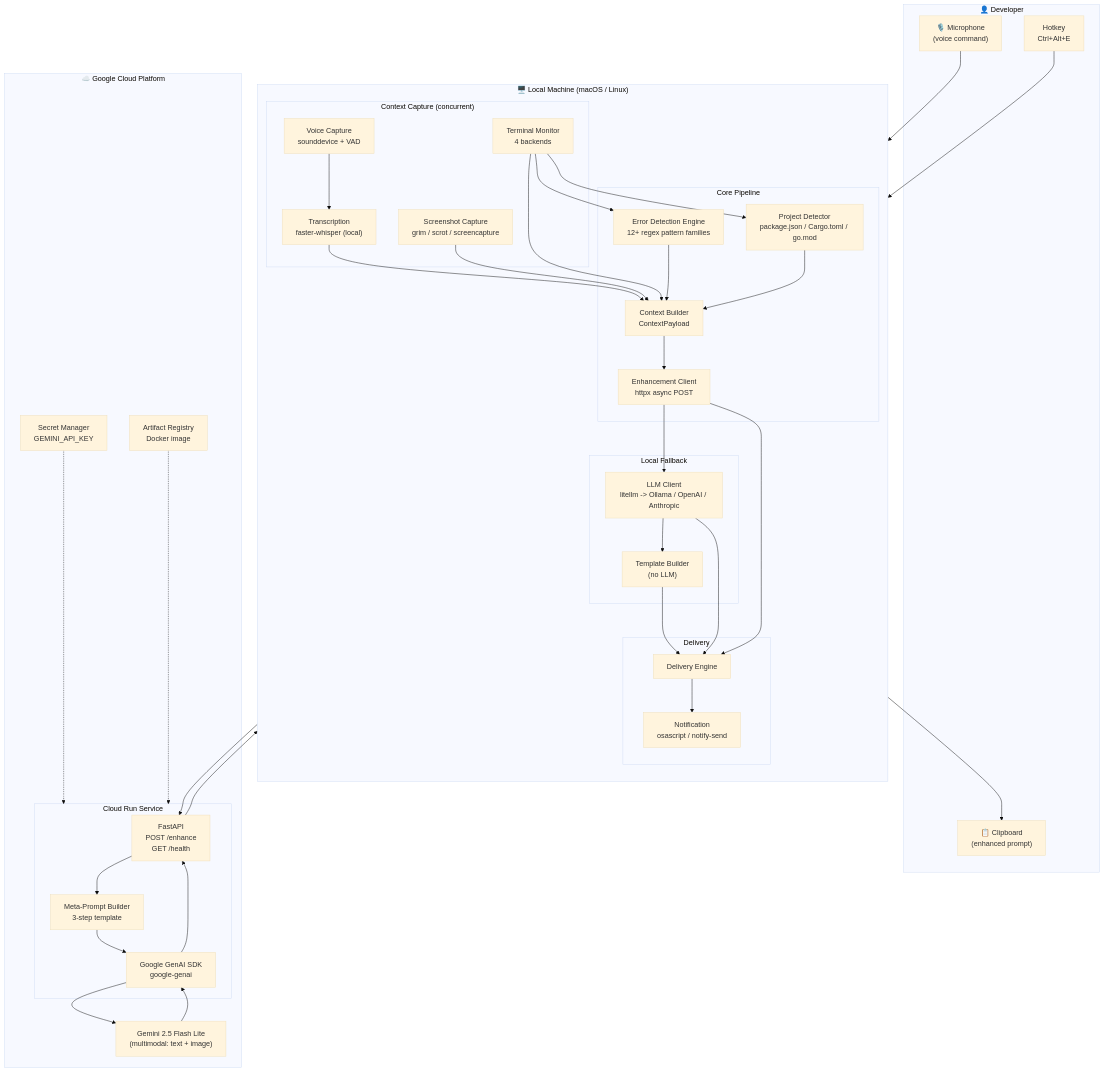
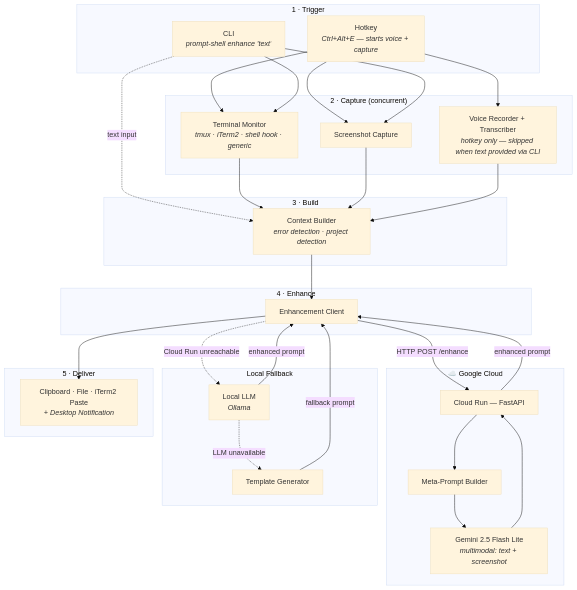
One commit to VinnyBabuManjaly/PromptShell changed the first of 9 diagrams in docs/system_design.md. Above: the diagram before and after it, drawn with Mermaid (base theme). The commit also changed other lines of this file and 4 other files, not shown here.

Commit message:
Add comprehensive documentation: README, system design, demo script, and updated architecture docs

````diff
--- a/docs/system_design.md
+++ b/docs/system_design.md
@@ -4,79 +4,59 @@
 ```mermaid
 flowchart TB
-    subgraph USER["👤 Developer"]
-        HK["Hotkey<br/>Ctrl+Alt+E"]
-        MIC["🎙️ Microphone<br/>(voice command)"]
-        CB["📋 Clipboard<br/>(enhanced prompt)"]
+    subgraph INPUT["1 · Trigger"]
+        HK["Hotkey<br/><i>Ctrl+Alt+E — starts voice + capture</i>"]
+        CLI["CLI<br/><i>prompt-shell enhance 'text'</i>"]
     end
 
-    subgraph LOCAL["🖥️ Local Machine (macOS / Linux)"]
-        direction TB
-
-        subgraph CAPTURE["Context Capture (concurrent)"]
-            TM["Terminal Monitor<br/>4 backends"]
-            SC["Screenshot Capture<br/>grim / scrot / screencapture"]
-            VC["Voice Capture<br/>sounddevice + VAD"]
-            TR["Transcription<br/>faster-whisper (local)"]
-        end
-
-        subgraph CORE["Core Pipeline"]
-            ED["Error Detection Engine<br/>12+ regex pattern families"]
-            PD["Project Detector<br/>package.json / Cargo.toml / go.mod"]
-            CB2["Context Builder<br/>ContextPayload"]
-            EC["Enhancement Client<br/>httpx async POST"]
-        end
-
-        subgraph FALLBACK["Local Fallback"]
-            LC["LLM Client<br/>litellm -> Ollama / OpenAI / Anthropic"]
-            TPL["Template Builder<br/>(no LLM)"]
-        end
-
-        subgraph DELIVER["Delivery"]
-            DEL["Delivery Engine"]
-            NOTIF["Notification<br/>osascript / notify-send"]
-        end
+    subgraph CAPTURE["2 · Capture (concurrent)"]
+        TM["Terminal Monitor<br/><i>tmux · iTerm2 · shell hook · generic</i>"]
+        SS["Screenshot Capture"]
+        VR["Voice Recorder + Transcriber<br/><i>hotkey only — skipped when text provided via CLI</i>"]
     end
 
-    subgraph GCP["☁️ Google Cloud Platform"]
-        subgraph CR["Cloud Run Service"]
-            API["FastAPI<br/>POST /enhance<br/>GET /health"]
-            PB["Meta-Prompt Builder<br/>3-step template"]
-            GC["Google GenAI SDK<br/>google-genai"]
-        end
-        GEMINI["Gemini 2.5 Flash Lite<br/>(multimodal: text + image)"]
-        SM["Secret Manager<br/>GEMINI_API_KEY"]
-        AR["Artifact Registry<br/>Docker image"]
+    subgraph BUILD["3 · Build"]
+        CB["Context Builder<br/><i>error detection · project detection</i>"]
     end
 
-    HK --> CAPTURE
-    MIC --> VC
-    VC --> TR
-    TM --> CB2
-    SC --> CB2
-    TR --> CB2
-    ED --> CB2
-    PD --> CB2
-    TM --> ED
-    TM --> PD
+    subgraph ENHANCE["4 · Enhance"]
+        EC["Enhancement Client"]
+    end
 
-    CB2 --> EC
-    EC --> API
-    API --> PB
-    PB --> GC
-    GC --> GEMINI
-    GEMINI --> GC
-    GC --> API
-    API --> EC
+    subgraph GCP["☁️ Google Cloud"]
+        CR["Cloud Run — FastAPI"]
+        PB["Meta-Prompt Builder"]
+        GM["Gemini 2.5 Flash Lite<br/><i>multimodal: text + screenshot</i>"]
+    end
 
-    EC --> LC
-    LC --> TPL
+    subgraph FALLBACK["Local Fallback"]
+        LLM["Local LLM<br/><i>Ollama</i>"]
+        TPL["Template Generator"]
+    end
 
-    EC --> DEL
-    LC --> DEL
-    TPL --> DEL
-    DEL --> CB
-    DEL --> NOTIF
+    subgraph OUTPUT["5 · Deliver"]
+        DL["Clipboard · File · iTerm2 Paste<br/><i>+ Desktop Notification</i>"]
+    end
 
-    SM -.-> CR
-    AR -.-> CR
+    HK --> TM & SS & VR
+    CLI --> TM & SS
+    CLI -. "text input" .-> CB
+
+    TM --> CB
+    SS --> CB
+    VR --> CB
+
+    CB --> EC
+
+    EC -- "HTTP POST /enhance" --> CR
+    CR --> PB --> GM
+    GM --> CR
+    CR -- "enhanced prompt" --> EC
+
+    EC -. "Cloud Run unreachable" .-> LLM
+    LLM -. "LLM unavailable" .-> TPL
+
+    LLM -- "enhanced prompt" --> EC
+    TPL -- "fallback prompt" --> EC
+
+    EC --> DL
 ```
````
